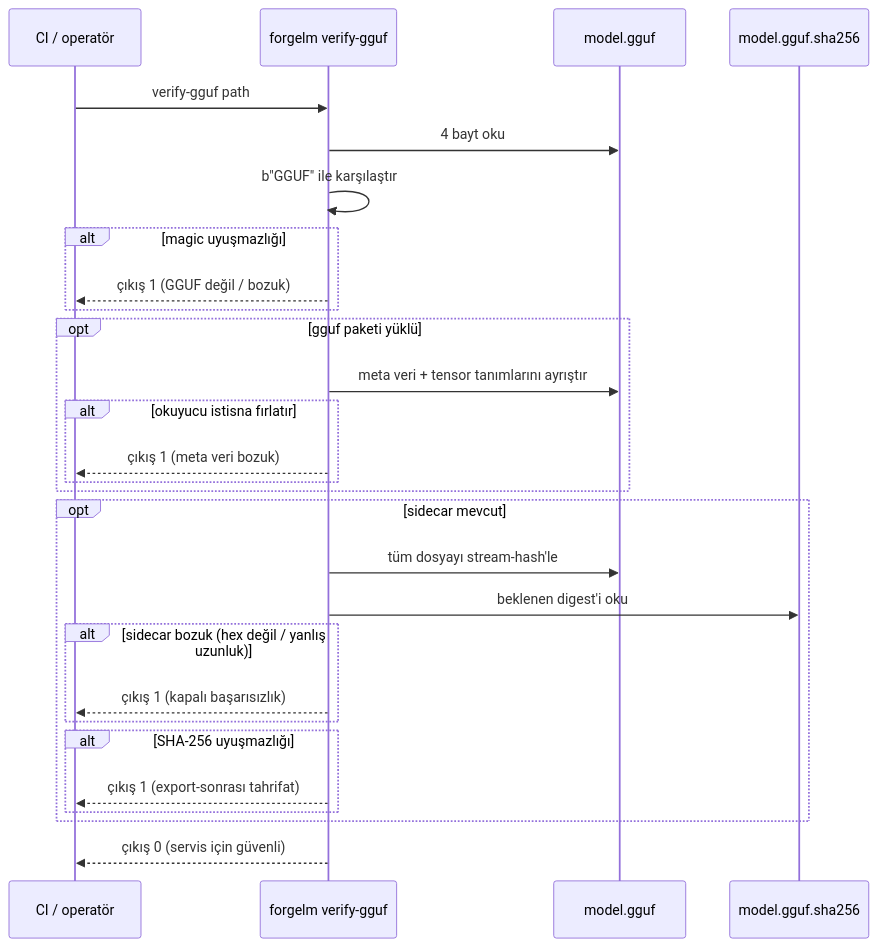
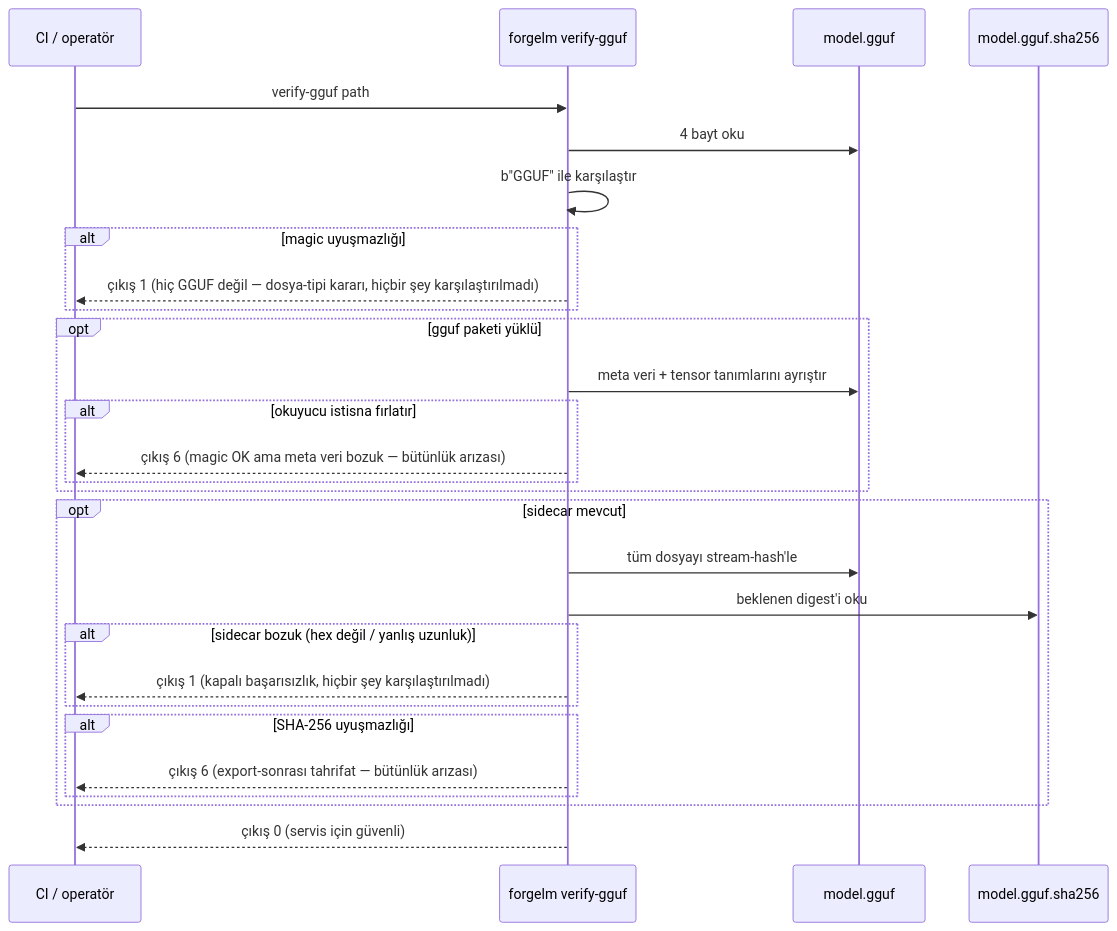
One commit to HodeTech/ForgeLM changed the diagram in docs/usermanuals/tr/deployment/verify-gguf.md. Above: the diagram before and after it, drawn with Mermaid. The commit also changed other lines of this file and 63 other files, not shown here.

````diff
--- a/docs/usermanuals/tr/deployment/verify-gguf.md
+++ b/docs/usermanuals/tr/deployment/verify-gguf.md
@@ -19,31 +19,31 @@
 ```mermaid
 sequenceDiagram
     participant CI as CI / operatör
     participant Verify as forgelm verify-gguf
     participant File as model.gguf
     participant Sidecar as model.gguf.sha256
 
     CI->>Verify: verify-gguf path
     Verify->>File: 4 bayt oku
     Verify->>Verify: b"GGUF" ile karşılaştır
     alt magic uyuşmazlığı
-        Verify-->>CI: çıkış 1 (GGUF değil / bozuk)
+        Verify-->>CI: çıkış 1 (hiç GGUF değil — dosya-tipi kararı, hiçbir şey karşılaştırılmadı)
     end
     opt gguf paketi yüklü
         Verify->>File: meta veri + tensor tanımlarını ayrıştır
         alt okuyucu istisna fırlatır
-            Verify-->>CI: çıkış 1 (meta veri bozuk)
+            Verify-->>CI: çıkış 6 (magic OK ama meta veri bozuk — bütünlük arızası)
         end
     end
     opt sidecar mevcut
         Verify->>File: tüm dosyayı stream-hash'le
         Verify->>Sidecar: beklenen digest'i oku
         alt sidecar bozuk (hex değil / yanlış uzunluk)
-            Verify-->>CI: çıkış 1 (kapalı başarısızlık)
+            Verify-->>CI: çıkış 1 (kapalı başarısızlık, hiçbir şey karşılaştırılmadı)
         end
         alt SHA-256 uyuşmazlığı
-            Verify-->>CI: çıkış 1 (export-sonrası tahrifat)
+            Verify-->>CI: çıkış 6 (export-sonrası tahrifat — bütünlük arızası)
         end
     end
     Verify-->>CI: çıkış 0 (servis için güvenli)
 ```
````
